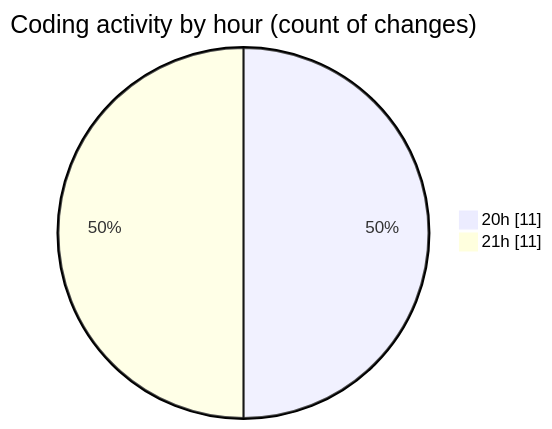
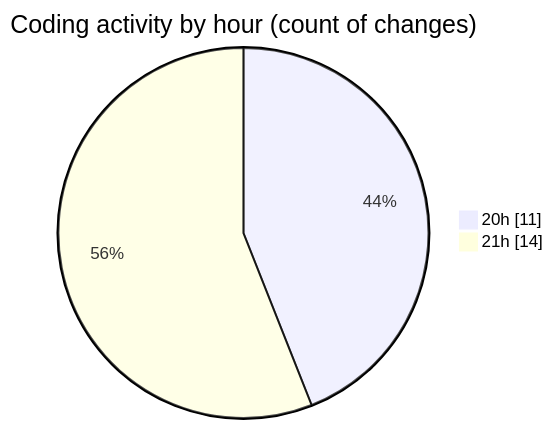
Before and after one commit to MatusMokan/code-tracking: the second of 2 diagrams in 2025-04-10/myws__workspace_/README.md, drawn with Mermaid. The commit also changed other lines of this file and 1 other file, not shown here.

````diff
--- a/2025-04-10/myws__workspace_/README.md
+++ b/2025-04-10/myws__workspace_/README.md
@@ -30,6 +30,6 @@
 ```mermaid
 pie showData
 title Coding activity by hour (count of changes)
 "20h" : 11
-"21h" : 11
+"21h" : 14
 ```
````
